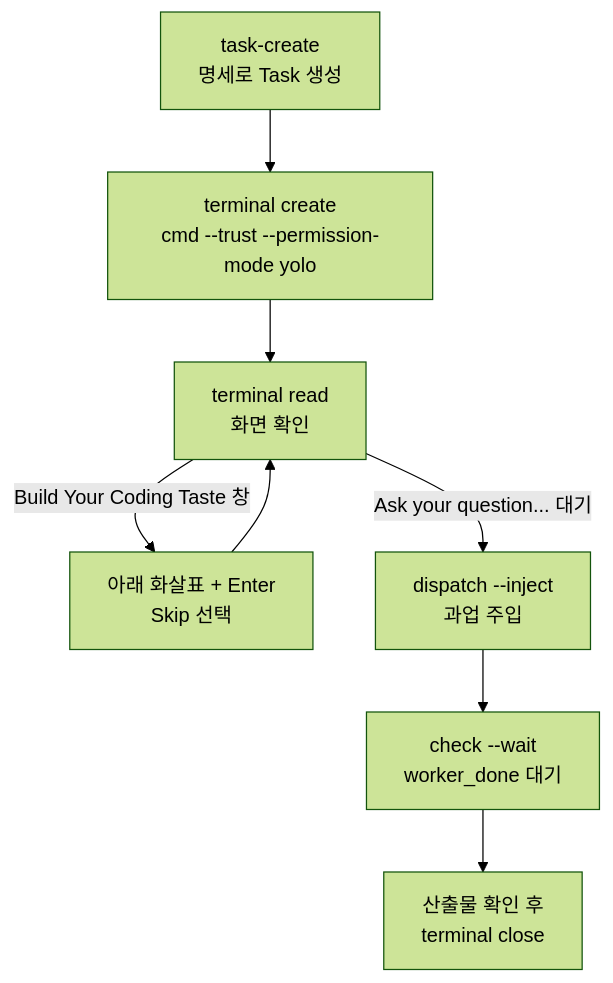
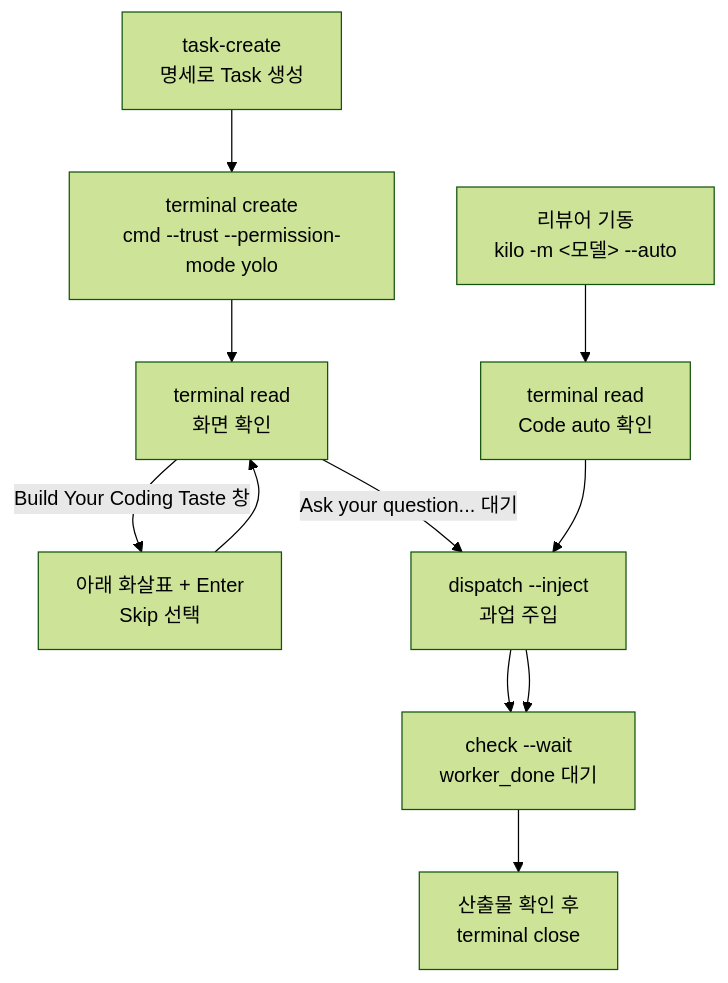
One commit to kwanbum217/NARANI_HomePage changed the diagram in docs/ops/ORCA_WORKERS.md. Above: the diagram before and after it, drawn with Mermaid (forest theme). The commit also changed other lines of this file, not shown here.

````diff
--- a/docs/ops/ORCA_WORKERS.md
+++ b/docs/ops/ORCA_WORKERS.md
@@ -66,10 +69,14 @@
 ```mermaid
 flowchart TD
   A["task-create<br/>명세로 Task 생성"] --> B["terminal create<br/>cmd --trust --permission-mode yolo"]
   B --> C["terminal read<br/>화면 확인"]
   C -->|"Build Your Coding Taste 창"| D["아래 화살표 + Enter<br/>Skip 선택"]
   D --> C
   C -->|"Ask your question... 대기"| E["dispatch --inject<br/>과업 주입"]
   E --> F["check --wait<br/>worker_done 대기"]
   F --> G["산출물 확인 후<br/>terminal close"]
+
+  H["리뷰어 기동<br/>kilo -m &lt;모델&gt; --auto"] --> I["terminal read<br/>Code auto 확인"]
+  I --> E
+  E --> F
 ```
````
